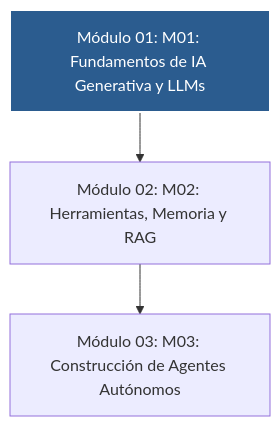
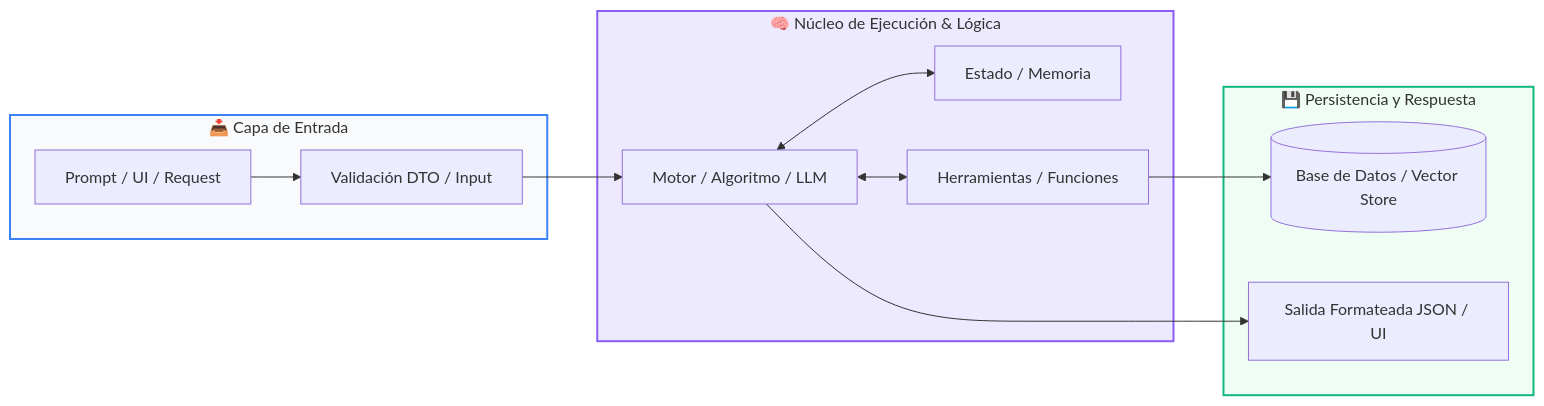
Before and after one commit to wisrovi/wisrovi-python: the sixth of 8 diagrams in docs/curso-03/book.md, drawn with Mermaid. The commit also changed other lines of this file and 308 other files, not shown here.

````diff
--- a/docs/curso-03/book.md
+++ b/docs/curso-03/book.md
@@ -10,7 +378,29 @@
 ```mermaid
-flowchart TD
-    N1["Módulo 01: M01: Fundamentos de IA Generativa y LLMs"] --> N2["Módulo 02: M02: Herramientas, Memoria y RAG"]
-    N2["Módulo 02: M02: Herramientas, Memoria y RAG"] --> N3["Módulo 03: M03: Construcción de Agentes Autónomos"]
+flowchart LR
+    subgraph Entrada["📥 Capa de Entrada"]
+        UI["Prompt / UI / Request"]
+        VAL["Validación DTO / Input"]
+    end
 
-    style N1 fill:#2b5c8f,color:#fff,stroke:#fff,stroke-width:2px
+    subgraph Core["🧠 Núcleo de Ejecución & Lógica"]
+        ENG["Motor / Algoritmo / LLM"]
+        MEM["Estado / Memoria"]
+        TOOL["Herramientas / Funciones"]
+    end
+
+    subgraph Salida["💾 Persistencia y Respuesta"]
+        DB[("Base de Datos / Vector Store")]
+        RES["Salida Formateada JSON / UI"]
+    end
+
+    UI --> VAL
+    VAL --> ENG
+    ENG <--> MEM
+    ENG <--> TOOL
+    TOOL --> DB
+    ENG --> RES
+
+    style Entrada fill:#f8fafc,stroke:#3b82f6,stroke-width:2px
+    style Core fill:#ede9fe,stroke:#8b5cf6,stroke-width:2px
+    style Salida fill:#f0fdf4,stroke:#10b981,stroke-width:2px
 ```
````
